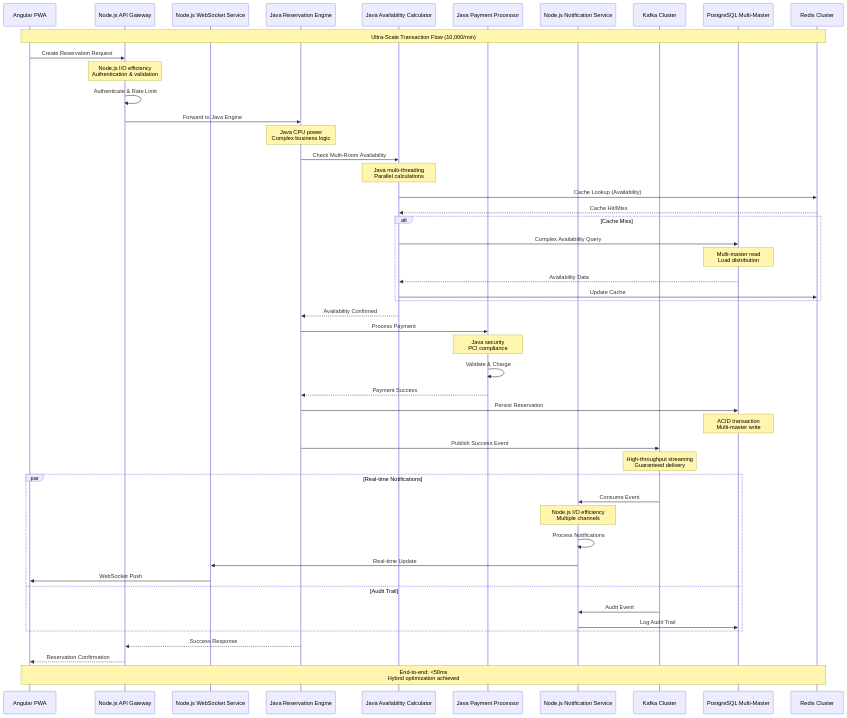
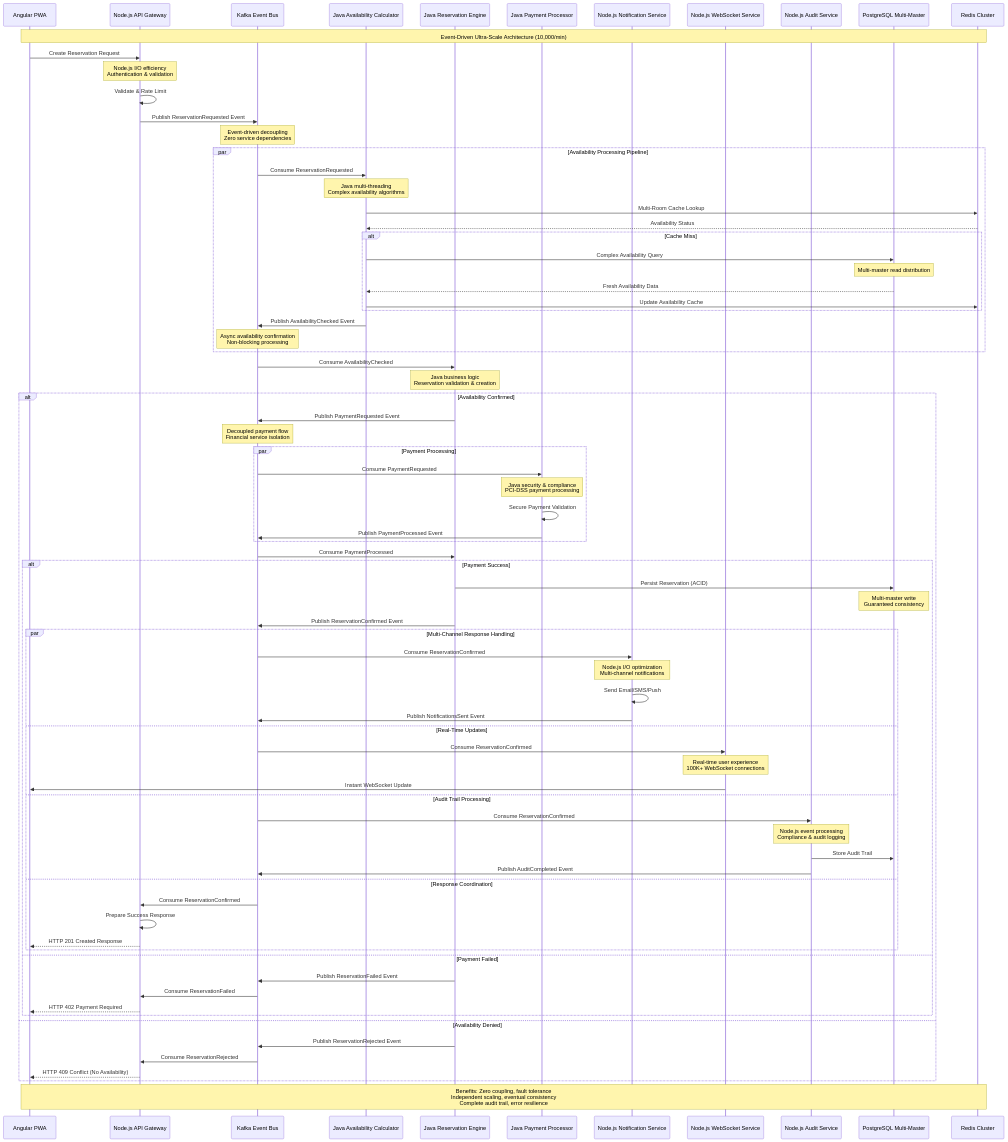
Diagram 19 of 36 in docs/product-requirements-document.md (red2n/modern-reservation), drawn with Mermaid before and after one commit. The commit also changed other lines of this file, not shown here.

Commit message:
Enhance Product Requirements Document with event-driven architecture details, including inter-service communication patterns, performance metrics, and scalability benefits. Standardize event schemas and update diagrams for clarity and improved understanding of the system's architecture.

````diff
--- a/docs/product-requirements-document.md
+++ b/docs/product-requirements-document.md
@@ -1590,64 +1664,93 @@
 sequenceDiagram
     participant UI as Angular PWA
     participant GW as Node.js API Gateway
-    participant WS as Node.js WebSocket Service
+    participant K as Kafka Event Bus
+    participant AC as Java Availability Calculator
     participant RE as Java Reservation Engine
-    participant AC as Java Availability Calculator
     participant PP as Java Payment Processor
     participant NS as Node.js Notification Service
-    participant K as Kafka Cluster
+    participant WS as Node.js WebSocket Service
+    participant AS as Node.js Audit Service
     participant DB as PostgreSQL Multi-Master
     participant RC as Redis Cluster
 
-    Note over UI,RC: Ultra-Scale Transaction Flow (10,000/min)
+    Note over UI,RC: Event-Driven Ultra-Scale Architecture (10,000/min)
 
     UI->>GW: Create Reservation Request
     Note over GW: Node.js I/O efficiency<br/>Authentication & validation
 
-    GW->>GW: Authenticate & Rate Limit
-    GW->>RE: Forward to Java Engine
-    Note over RE: Java CPU power<br/>Complex business logic
+    GW->>GW: Validate & Rate Limit
+    GW->>K: Publish ReservationRequested Event
+    Note over K: Event-driven decoupling<br/>Zero service dependencies
 
-    RE->>AC: Check Multi-Room Availability
-    Note over AC: Java multi-threading<br/>Parallel calculations
+    par Availability Processing Pipeline
+        K->>AC: Consume ReservationRequested
+        Note over AC: Java multi-threading<br/>Complex availability algorithms
 
-    AC->>RC: Cache Lookup (Availability)
-    RC-->>AC: Cache Hit/Miss
+        AC->>RC: Multi-Room Cache Lookup
+        RC-->>AC: Availability Status
 
-    alt Cache Miss
-        AC->>DB: Complex Availability Query
-        Note over DB: Multi-master read<br/>Load distribution
-        DB-->>AC: Availability Data
-        AC->>RC: Update Cache
+        alt Cache Miss
+            AC->>DB: Complex Availability Query
+            Note over DB: Multi-master read distribution
+            DB-->>AC: Fresh Availability Data
+            AC->>RC: Update Availability Cache
+        end
+
+        AC->>K: Publish AvailabilityChecked Event
+        Note over K: Async availability confirmation<br/>Non-blocking processing
     end
 
-    AC-->>RE: Availability Confirmed
+    K->>RE: Consume AvailabilityChecked
+    Note over RE: Java business logic<br/>Reservation validation & creation
 
-    RE->>PP: Process Payment
-    Note over PP: Java security<br/>PCI compliance
+    alt Availability Confirmed
+        RE->>K: Publish PaymentRequested Event
+        Note over K: Decoupled payment flow<br/>Financial service isolation
 
-    PP->>PP: Validate & Charge
-    PP-->>RE: Payment Success
+        par Payment Processing
+            K->>PP: Consume PaymentRequested
+            Note over PP: Java security & compliance<br/>PCI-DSS payment processing
+            PP->>PP: Secure Payment Validation
+            PP->>K: Publish PaymentProcessed Event
+        end
 
-    RE->>DB: Persist Reservation
-    Note over DB: ACID transaction<br/>Multi-master write
+        K->>RE: Consume PaymentProcessed
 
-    RE->>K: Publish Success Event
-    Note over K: High-throughput streaming<br/>Guaranteed delivery
+        alt Payment Success
+            RE->>DB: Persist Reservation (ACID)
+            Note over DB: Multi-master write<br/>Guaranteed consistency
+            RE->>K: Publish ReservationConfirmed Event
 
-    par Real-time Notifications
-        K->>NS: Consume Event
-        Note over NS: Node.js I/O efficiency<br/>Multiple channels
-        NS->>NS: Process Notifications
-        NS->>WS: Real-time Update
-        WS->>UI: WebSocket Push
-    and Audit Trail
-        K->>NS: Audit Event
-        NS->>DB: Log Audit Trail
+            par Multi-Channel Response Handling
+                K->>NS: Consume ReservationConfirmed
+                Note over NS: Node.js I/O optimization<br/>Multi-channel notifications
+                NS->>NS: Send Email/SMS/Push
+                NS->>K: Publish NotificationsSent Event
+            and Real-Time Updates
+                K->>WS: Consume ReservationConfirmed
+                Note over WS: Real-time user experience<br/>100K+ WebSocket connections
+                WS->>UI: Instant WebSocket Update
+            and Audit Trail Processing
+                K->>AS: Consume ReservationConfirmed
+                Note over AS: Node.js event processing<br/>Compliance & audit logging
+                AS->>DB: Store Audit Trail
+                AS->>K: Publish AuditCompleted Event
+            and Response Coordination
+                K->>GW: Consume ReservationConfirmed
+                GW->>GW: Prepare Success Response
+                GW-->>UI: HTTP 201 Created Response
+            end
+        else Payment Failed
+            RE->>K: Publish ReservationFailed Event
+            K->>GW: Consume ReservationFailed
+            GW-->>UI: HTTP 402 Payment Required
+        end
+    else Availability Denied
+        RE->>K: Publish ReservationRejected Event
+        K->>GW: Consume ReservationRejected
+        GW-->>UI: HTTP 409 Conflict (No Availability)
     end
 
-    RE-->>GW: Success Response
-    GW-->>UI: Reservation Confirmation
-
-    Note over UI,RC: End-to-end: <50ms<br/>Hybrid optimization achieved
+    Note over UI,RC: Benefits: Zero coupling, fault tolerance<br/>Independent scaling, eventual consistency<br/>Complete audit trail, error resilience
 ```
````
